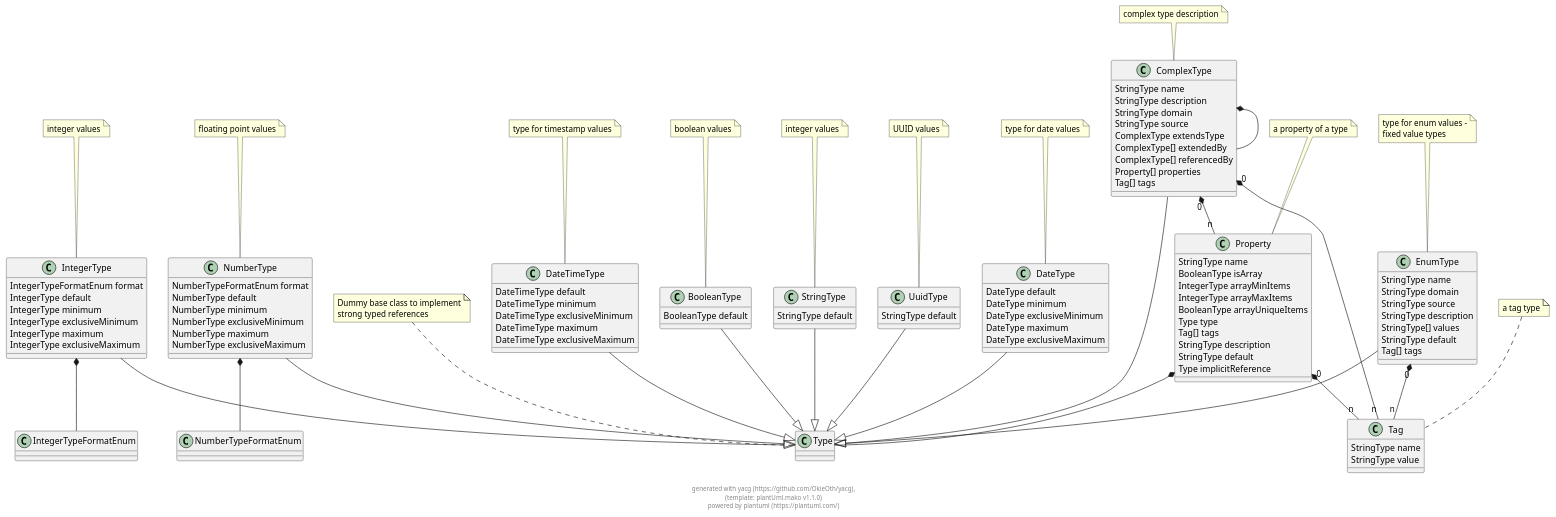
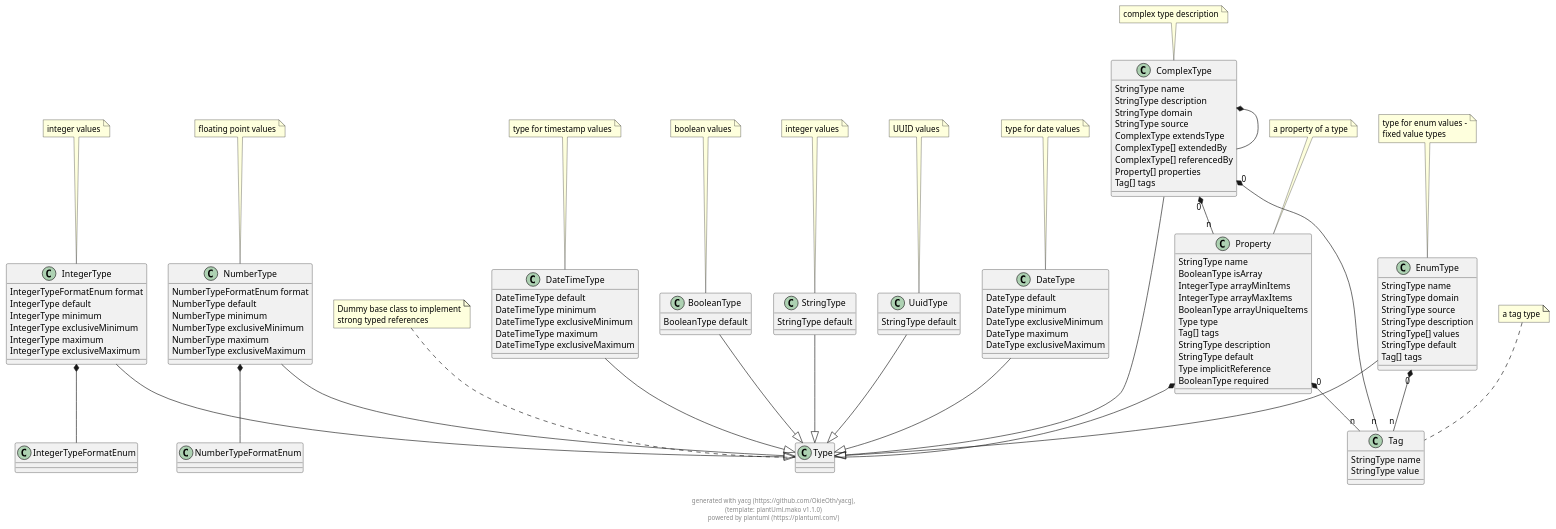
The diagram in docs/puml/yacg_model.puml (OkieOth/yacg), drawn with PlantUML before and after one commit. The commit also changed 4 other files, not shown here.

```diff
--- a/docs/puml/yacg_model.puml
+++ b/docs/puml/yacg_model.puml
@@ -2,166 +2,167 @@
 @startuml
 
 class Type {
 }
  
 note top: Dummy base class to implement\nstrong typed references
 
 class IntegerType {
     IntegerTypeFormatEnum format 
     IntegerType default 
     IntegerType minimum 
     IntegerType exclusiveMinimum 
     IntegerType maximum 
     IntegerType exclusiveMaximum 
 }
  
 note top: integer values
 
 IntegerType --|> Type
 class IntegerTypeFormatEnum {
 }
  
 
 class NumberType {
     NumberTypeFormatEnum format 
     NumberType default 
     NumberType minimum 
     NumberType exclusiveMinimum 
     NumberType maximum 
     NumberType exclusiveMaximum 
 }
  
 note top: floating point values
 
 NumberType --|> Type
 class NumberTypeFormatEnum {
 }
  
 
 class BooleanType {
     BooleanType default 
 }
  
 note top: boolean values
 
 BooleanType --|> Type
 class StringType {
     StringType default 
 }
  
 note top: integer values
 
 StringType --|> Type
 class UuidType {
     StringType default 
 }
  
 note top: UUID values
 
 UuidType --|> Type
 class EnumType {
     StringType name 
     StringType domain 
     StringType source 
     StringType description 
     StringType[] values 
     StringType default 
     Tag[] tags 
 }
  
 note top: type for enum values -\nfixed value types
 
 EnumType --|> Type
 class Tag {
     StringType name 
     StringType value 
 }
  
 note top: a tag type
 
 class DateType {
     DateType default 
     DateType minimum 
     DateType exclusiveMinimum 
     DateType maximum 
     DateType exclusiveMaximum 
 }
  
 note top: type for date values
 
 DateType --|> Type
 class DateTimeType {
     DateTimeType default 
     DateTimeType minimum 
     DateTimeType exclusiveMinimum 
     DateTimeType maximum 
     DateTimeType exclusiveMaximum 
 }
  
 note top: type for timestamp values
 
 DateTimeType --|> Type
 class ComplexType {
     StringType name 
     StringType description 
     StringType domain 
     StringType source 
     ComplexType extendsType 
     ComplexType[] extendedBy 
     ComplexType[] referencedBy 
     Property[] properties 
     Tag[] tags 
 }
  
 note top: complex type description
 
 ComplexType --|> Type
 class Property {
     StringType name 
     BooleanType isArray 
     IntegerType arrayMinItems 
     IntegerType arrayMaxItems 
     BooleanType arrayUniqueItems 
     Type type 
     Tag[] tags 
     StringType description 
     StringType default 
     Type implicitReference 
+    BooleanType required 
 }
  
 note top: a property of a type
 
 
     
     
 IntegerType  *--  IntegerTypeFormatEnum        
             
     
     
 NumberType  *--  NumberTypeFormatEnum        
             
     
     
     
     
     
 EnumType "0" *-- "n" Tag        
             
     
     
     
     
 ComplexType  *--  ComplexType        
             
 ComplexType "0" *-- "n" Property        
             
 ComplexType "0" *-- "n" Tag        
             
     
 Property  *--  Type        
             
 Property "0" *-- "n" Tag        
             
 
 footer \ngenerated with yacg (https://github.com/OkieOth/yacg),\n(template: plantUml.mako v1.1.0)\npowered by plantuml (https://plantuml.com/)
 @enduml
```
